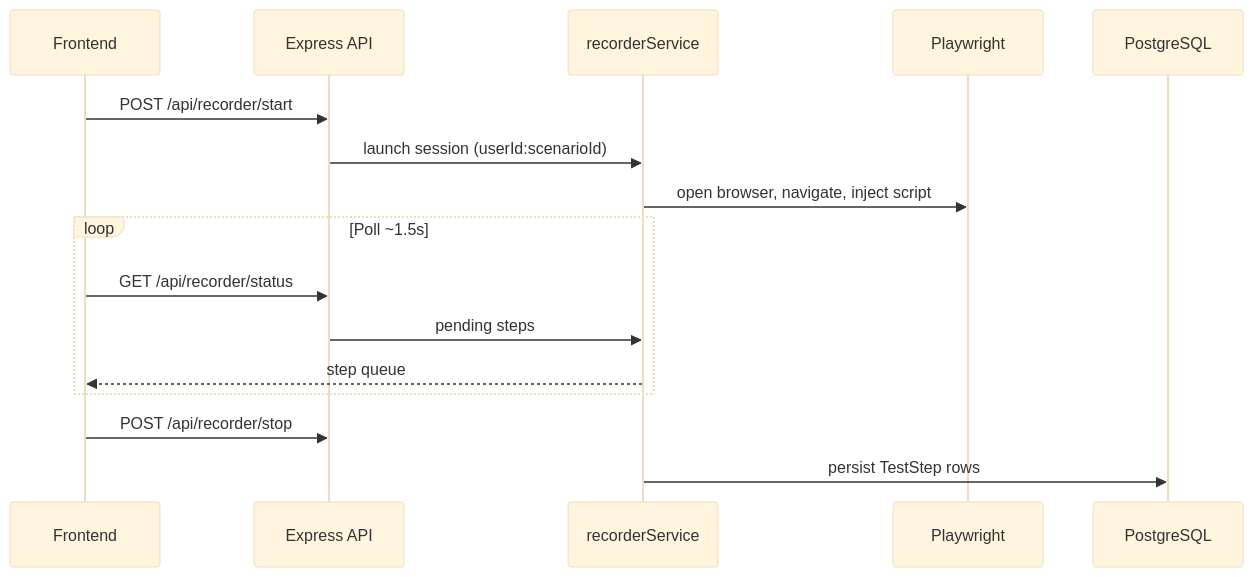
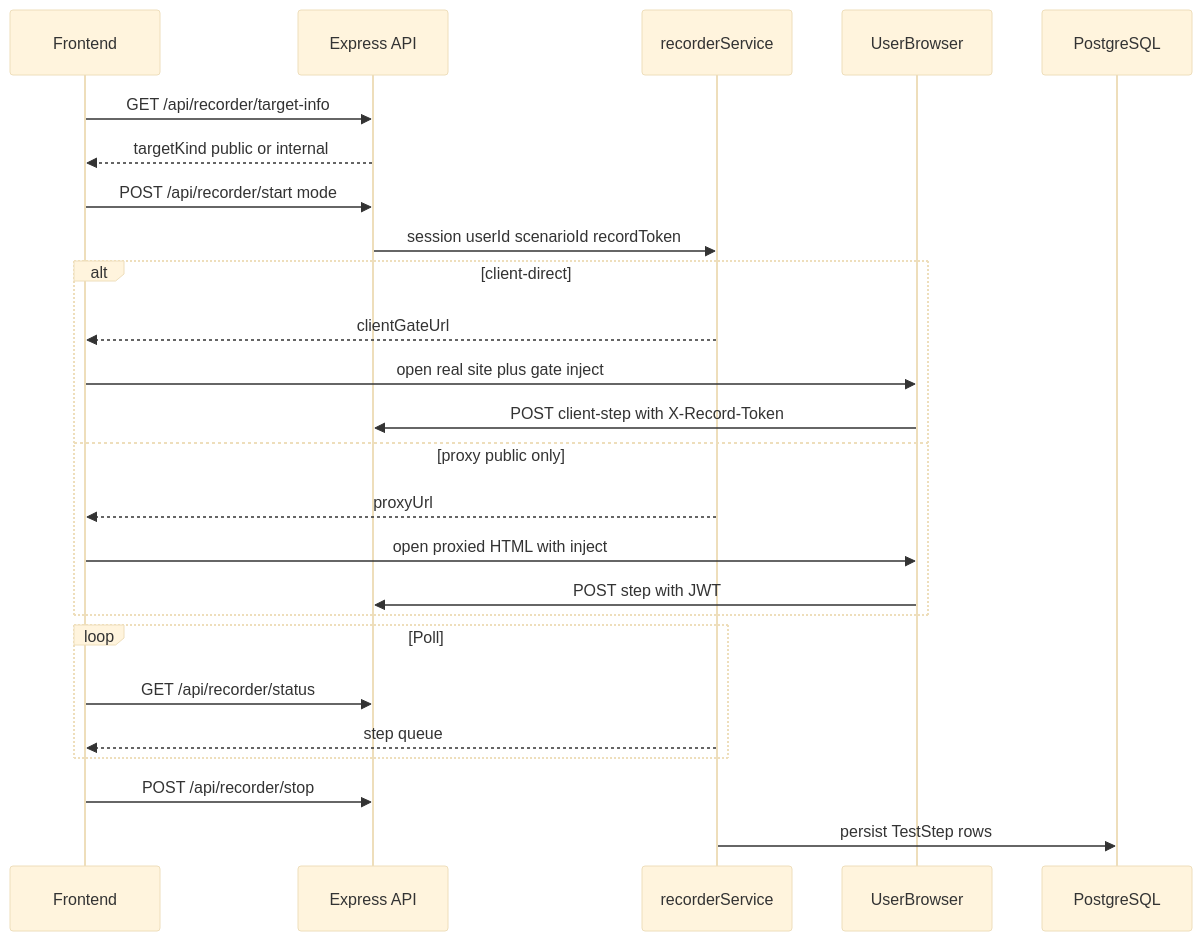
Before and after one commit to andri5/testingndrih: the diagram in docs/ARCHITECTURE.md, drawn with Mermaid (base theme). The commit also changed other lines of this file and 7 other files, not shown here.

First line of the commit message:
fix(recorder): bridge steps via postMessage under CSP connect-src

````diff
--- a/docs/ARCHITECTURE.md
+++ b/docs/ARCHITECTURE.md
@@ -84,19 +84,28 @@
 ```mermaid
 sequenceDiagram
     participant UI as Frontend
     participant API as Express API
     participant Rec as recorderService
-    participant PW as Playwright
+    participant Tab as UserBrowser
     participant DB as PostgreSQL
 
-    UI->>API: POST /api/recorder/start
-    API->>Rec: launch session (userId:scenarioId)
-    Rec->>PW: open browser, navigate, inject script
-    loop Poll ~1.5s
+    UI->>API: GET /api/recorder/target-info
+    API-->>UI: targetKind public or internal
+    UI->>API: POST /api/recorder/start mode
+    API->>Rec: session userId scenarioId recordToken
+    alt client-direct
+        Rec-->>UI: clientGateUrl
+        UI->>Tab: open real site plus gate inject
+        Tab->>API: POST client-step with X-Record-Token
+    else proxy public only
+        Rec-->>UI: proxyUrl
+        UI->>Tab: open proxied HTML with inject
+        Tab->>API: POST step with JWT
+    end
+    loop Poll
         UI->>API: GET /api/recorder/status
-        API->>Rec: pending steps
         Rec-->>UI: step queue
     end
     UI->>API: POST /api/recorder/stop
     Rec->>DB: persist TestStep rows
 ```
````
